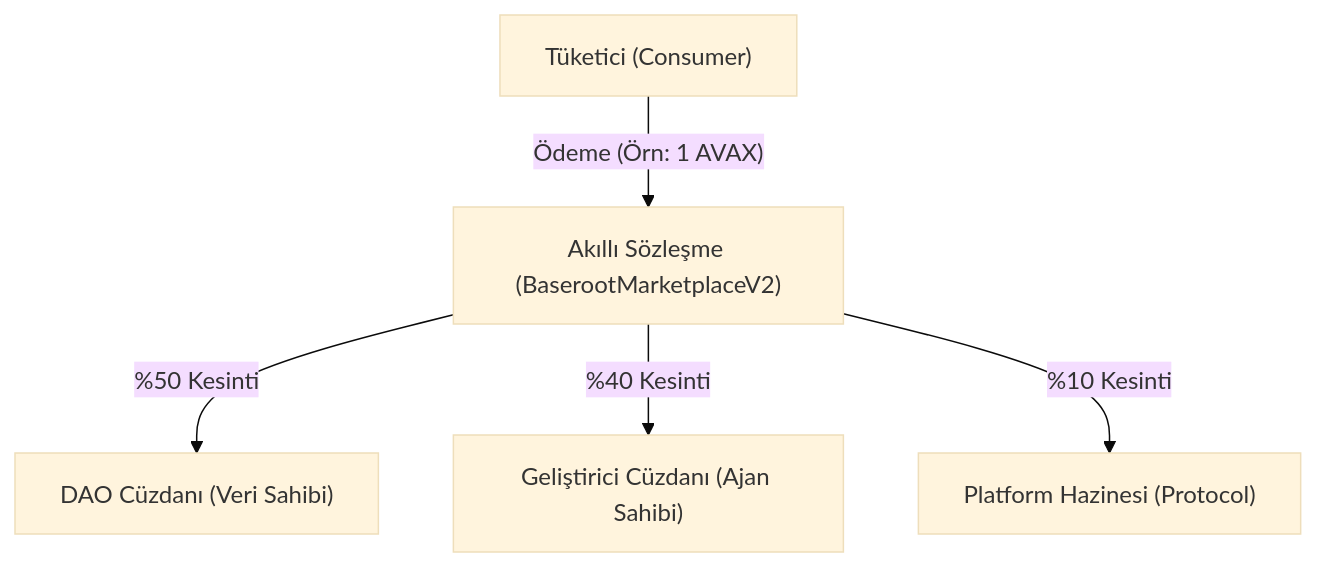
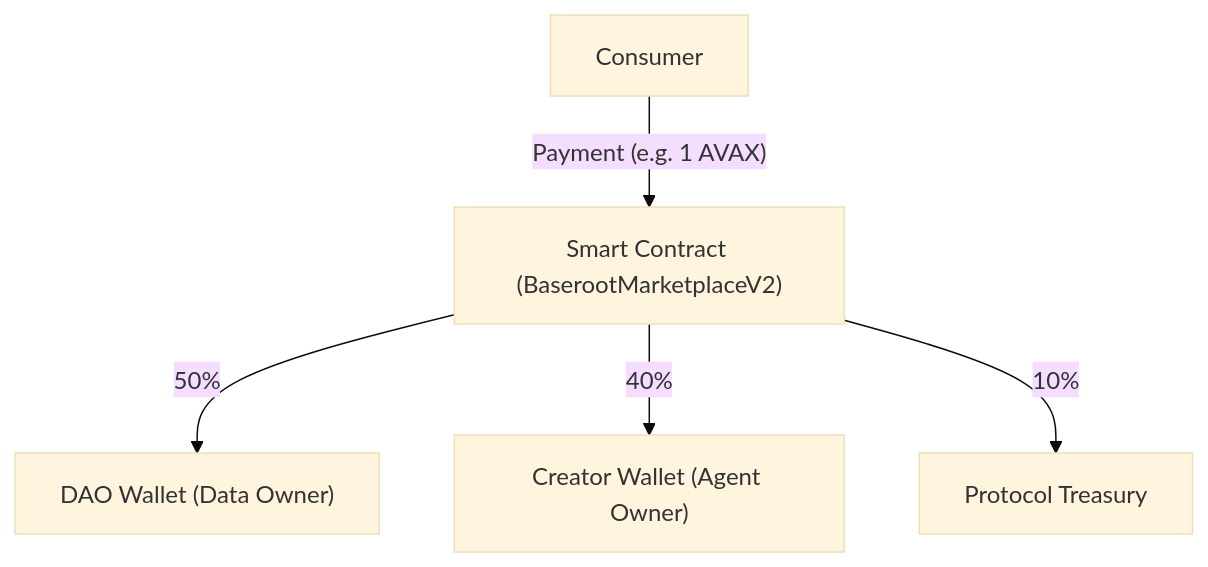
The second of 2 diagrams in docs/ARCHITECTURE_OVERVIEW.md (seyitgrbzpng/new-baserootv2-poc), drawn with Mermaid (base theme) before and after one commit. The commit also changed other lines of this file and 50 other files, not shown here.

Commit message:
feat: Introduce Baseroot Marketplace V2 contract, implement new DAO and marketplace features, and expand server-side functionalities.

````diff
--- a/docs/ARCHITECTURE_OVERVIEW.md
+++ b/docs/ARCHITECTURE_OVERVIEW.md
@@ -72,7 +69,7 @@
 ```mermaid
 graph TD
-    Consumer["Tüketici (Consumer)"] -- "Ödeme (Örn: 1 AVAX)" --> Contract["Akıllı Sözleşme (BaserootMarketplaceV2)"]
-    Contract -- "%50 Kesinti" --> DAO["DAO Cüzdanı (Veri Sahibi)"]
-    Contract -- "%40 Kesinti" --> Creator["Geliştirici Cüzdanı (Ajan Sahibi)"]
-    Contract -- "%10 Kesinti" --> Protocol["Platform Hazinesi (Protocol)"]
+    Consumer["Consumer"] -- "Payment (e.g. 1 AVAX)" --> Contract["Smart Contract (BaserootMarketplaceV2)"]
+    Contract -- "50%" --> DAO["DAO Wallet (Data Owner)"]
+    Contract -- "40%" --> Creator["Creator Wallet (Agent Owner)"]
+    Contract -- "10%" --> Protocol["Protocol Treasury"]
 ```
````
